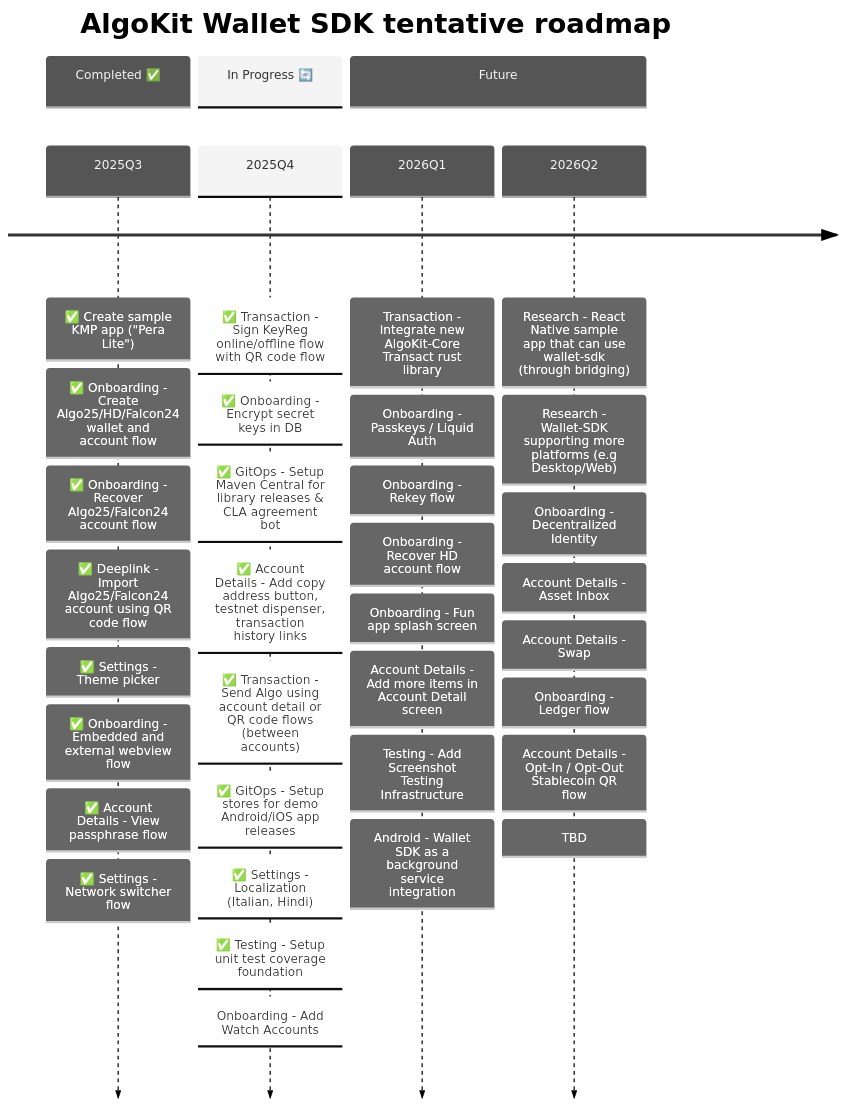
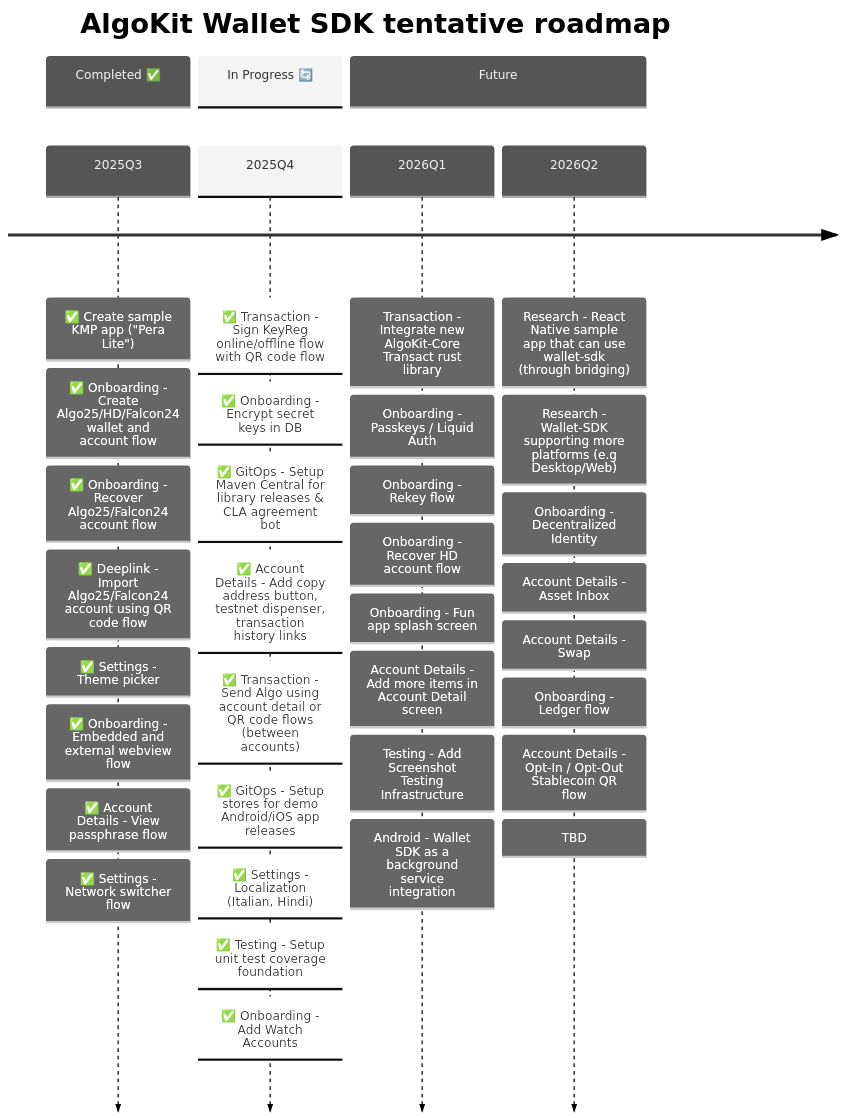
Before and after one commit to michaeltchuangllc/algokit-walletsdk-kmp: the second of 3 diagrams in README.md, drawn with Mermaid. The commit also changed 12 other files, not shown here.

````diff
--- a/README.md
+++ b/README.md
@@ -67,48 +67,48 @@
 ```mermaid
 ---
 config:
   theme: 'neutral'
 ---
 timeline
     title AlgoKit Wallet SDK tentative roadmap
 
     section Completed ✅
     2025Q3  : ✅ Create sample KMP app ("Pera Lite")
             : ✅ Onboarding - Create Algo25/HD/Falcon24 wallet and account flow
             : ✅ Onboarding - Recover Algo25/Falcon24 account flow
             : ✅ Deeplink - Import Algo25/Falcon24 account using QR code flow
             : ✅ Settings - Theme picker
             : ✅ Onboarding - Embedded and external webview flow
             : ✅ Account Details - View passphrase flow
             : ✅ Settings - Network switcher flow
 
     section In Progress 🔄
     2025Q4  : ✅ Transaction - Sign KeyReg online/offline flow with QR code flow
             : ✅ Onboarding - Encrypt secret keys in DB
             : ✅ GitOps - Setup Maven Central for library releases & CLA agreement bot
             : ✅ Account Details - Add copy address button, testnet dispenser, transaction history links
             : ✅ Transaction - Send Algo using account detail or QR code flows (between accounts)
             : ✅ GitOps - Setup stores for demo Android/iOS app releases
             : ✅ Settings - Localization (Italian, Hindi)
             : ✅ Testing - Setup unit test coverage foundation
-            : Onboarding - Add Watch Accounts
+            : ✅ Onboarding - Add Watch Accounts
 
 
     section Future
     2026Q1  : Transaction - Integrate new AlgoKit-Core Transact rust library
             : Onboarding - Passkeys / Liquid Auth
             : Onboarding - Rekey flow
             : Onboarding - Recover HD account flow
             : Onboarding - Fun app splash screen
             : Account Details - Add more items in Account Detail screen
             : Testing - Add Screenshot Testing Infrastructure
             : Android - Wallet SDK as a background service integration
     2026Q2  : Research - React Native sample app that can use wallet-sdk (through bridging)
             : Research - Wallet-SDK supporting more platforms (e.g Desktop/Web)
             : Onboarding - Decentralized Identity
             : Account Details - Asset Inbox
             : Account Details - Swap
             : Onboarding - Ledger flow
             : Account Details - Opt-In / Opt-Out Stablecoin QR flow
             : TBD
 ```
````
